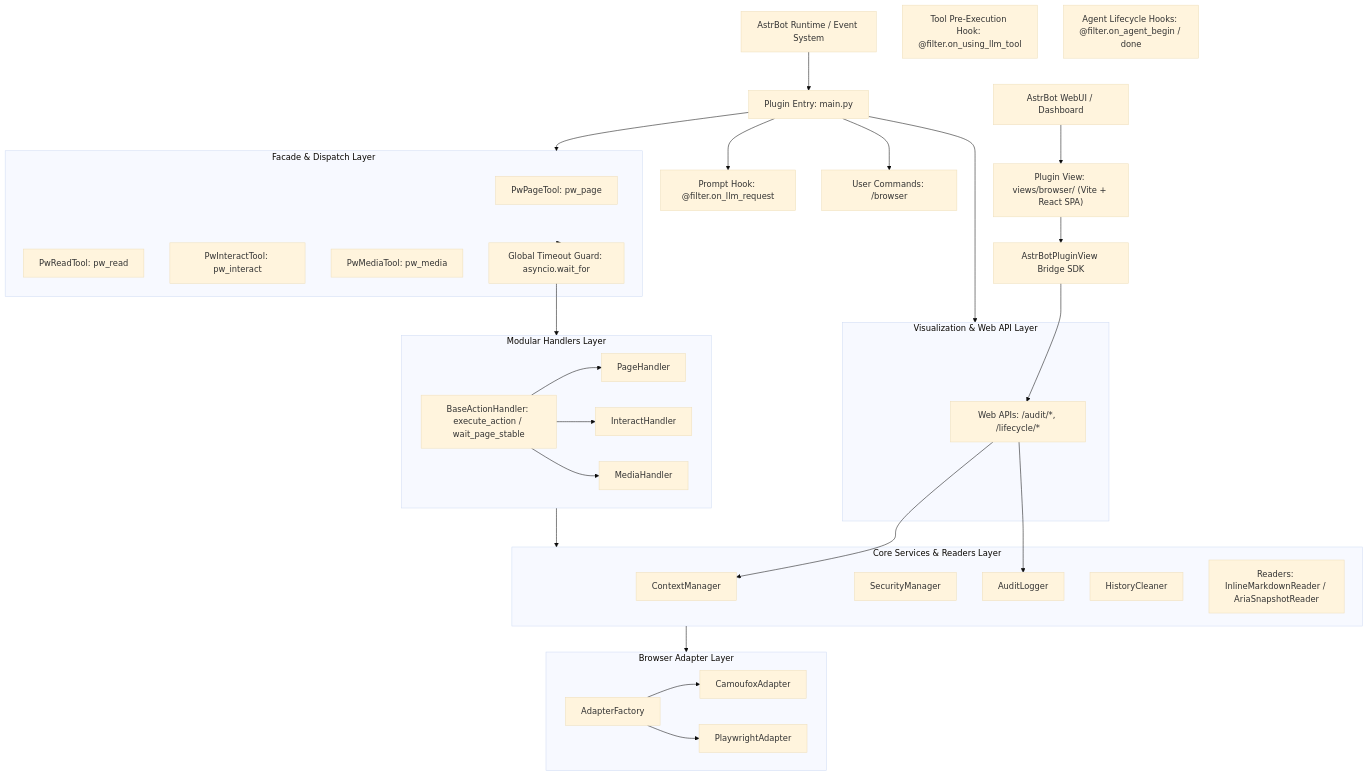
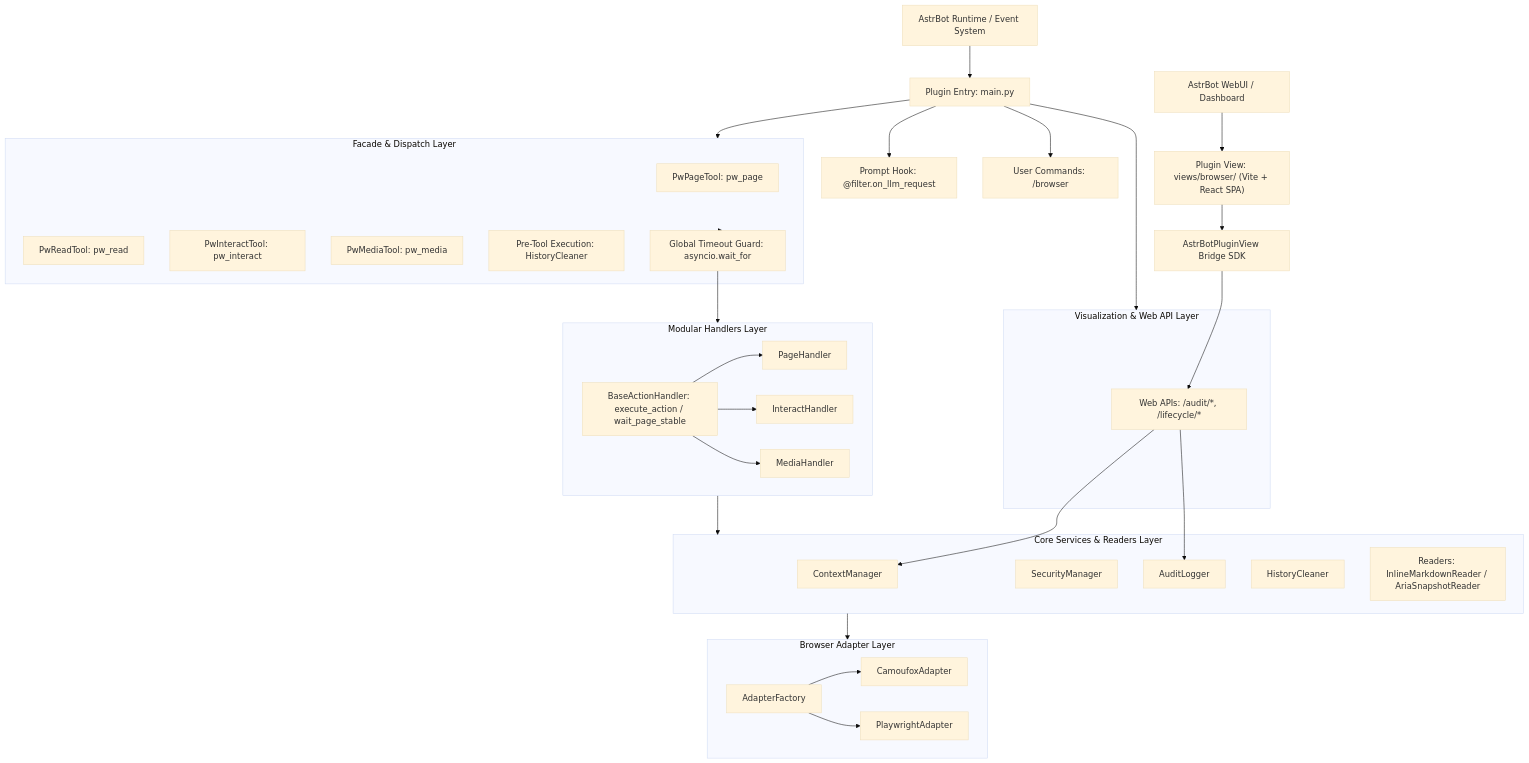
One commit to SmileYik/astrbot_plugin_playwright_tools changed the first of 2 diagrams in docs/ARCHITECTURE.md. Above: the diagram before and after it, drawn with Mermaid (base theme). The commit also changed other lines of this file and 6 other files, not shown here.

Commit message:
feat(tools): execute history cleanup in tool calls directly for subagent support

````diff
--- a/docs/ARCHITECTURE.md
+++ b/docs/ARCHITECTURE.md
@@ -11,66 +11,65 @@
 ```mermaid
 flowchart TD
     AstrBot[AstrBot Runtime / Event System]
     PluginEntry[Plugin Entry: main.py]
     PromptHook["Prompt Hook: @filter.on_llm_request"]
-    ToolHook["Tool Pre-Execution Hook: @filter.on_using_llm_tool"]
-    AgentHooks["Agent Lifecycle Hooks: @filter.on_agent_begin / done"]
     Cmds["User Commands: /browser"]
     WebUI["AstrBot WebUI / Dashboard"]
     BrowserView["Plugin View: views/browser/ (Vite + React SPA)"]
     Bridge["AstrBotPluginView Bridge SDK"]
     
     subgraph ViewLayer [Visualization & Web API Layer]
         WebAPI["Web APIs: /audit/*, /lifecycle/*"]
     end
 
     subgraph FacadeLayer [Facade & Dispatch Layer]
         PwPage[PwPageTool: pw_page]
         PwRead[PwReadTool: pw_read]
         PwInteract[PwInteractTool: pw_interact]
         PwMedia[PwMediaTool: pw_media]
+        CleanerAspect["Pre-Tool Execution: HistoryCleaner"]
         TimeoutWrapper["Global Timeout Guard: asyncio.wait_for"]
     end
 
     subgraph HandlerLayer [Modular Handlers Layer]
         BaseActionHandler["BaseActionHandler: execute_action / wait_page_stable"]
         PageHandler[PageHandler]
         InteractHandler[InteractHandler]
         MediaHandler[MediaHandler]
         BaseActionHandler --> PageHandler
         BaseActionHandler --> InteractHandler
         BaseActionHandler --> MediaHandler
     end
 
     subgraph CoreLayer [Core Services & Readers Layer]
         CtxMgr[ContextManager]
         SecMgr[SecurityManager]
         AuditLog[AuditLogger]
         HistoryCleaner[HistoryCleaner]
         Readers["Readers: InlineMarkdownReader / AriaSnapshotReader"]
     end
 
     subgraph AdaptLayer [Browser Adapter Layer]
         Factory[AdapterFactory]
         Camoufox[CamoufoxAdapter]
         Playwright[PlaywrightAdapter]
         Factory --> Camoufox
         Factory --> Playwright
     end
 
     AstrBot --> PluginEntry
     PluginEntry --> PromptHook
     PluginEntry --> Cmds
     PluginEntry --> FacadeLayer
     PluginEntry --> ViewLayer
     FacadeLayer --> TimeoutWrapper
     TimeoutWrapper --> HandlerLayer
     HandlerLayer --> CoreLayer
     CoreLayer --> AdaptLayer
 
     WebUI --> BrowserView
     BrowserView --> Bridge
     Bridge --> WebAPI
     WebAPI --> AuditLog
     WebAPI --> CtxMgr
 ```
````
